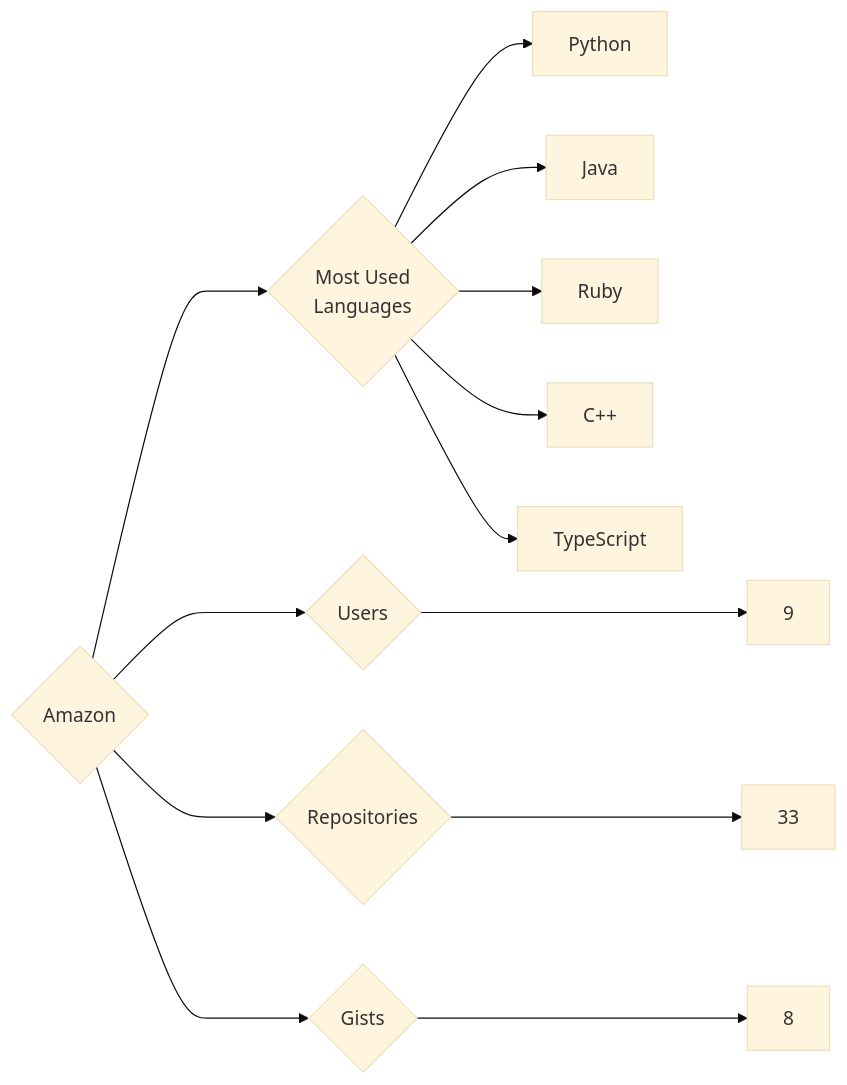
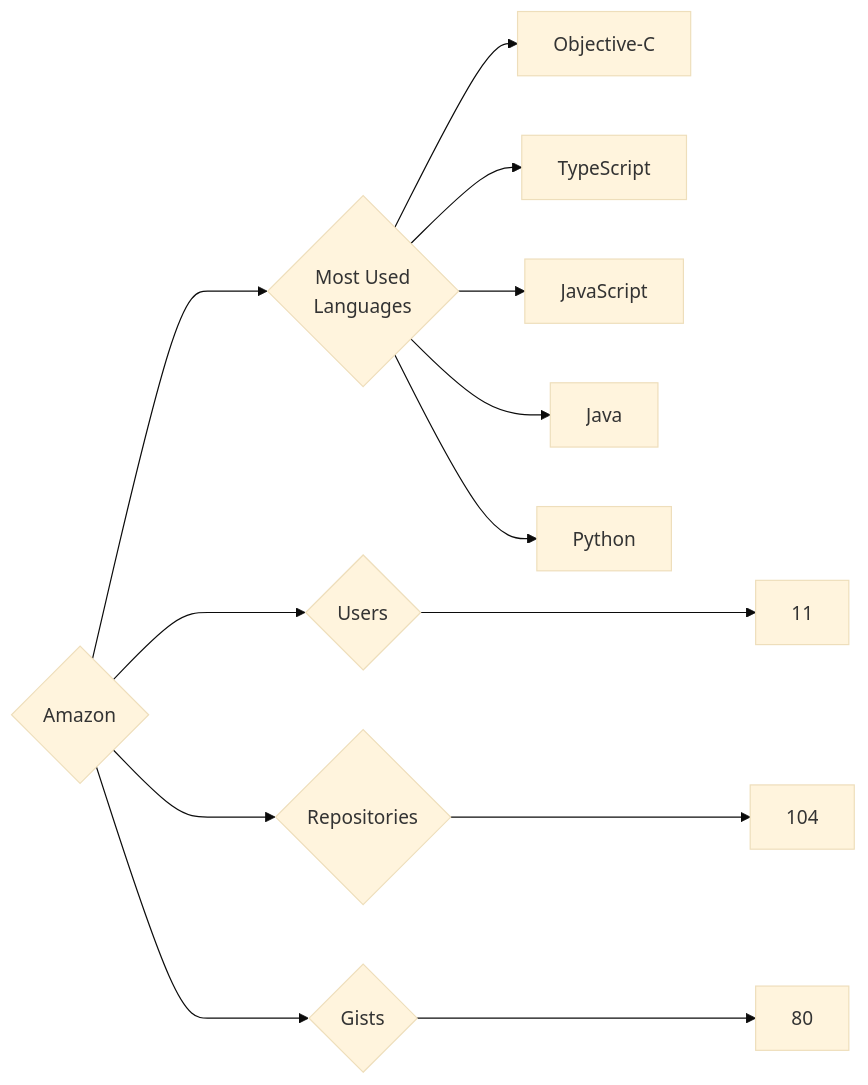
One commit to trickest/insiders changed the diagram in targets/Amazon/README.md. Above: the diagram before and after it, drawn with Mermaid (base theme). The commit also changed 933 other files, not shown here.

````diff
--- a/targets/Amazon/README.md
+++ b/targets/Amazon/README.md
@@ -3,13 +3,13 @@
 ```mermaid
 graph LR
 COMPANY_NAME{Amazon}
-COMPANY_NAME ---> U{Users} ---> UN[9]
-COMPANY_NAME ---> R{Repositories} ---> RN[33]
-COMPANY_NAME ---> G{Gists} ---> GN[8]
+COMPANY_NAME ---> U{Users} ---> UN[11]
+COMPANY_NAME ---> R{Repositories} ---> RN[104]
+COMPANY_NAME ---> G{Gists} ---> GN[80]
 COMPANY_NAME ---> ML{Most Used<br>Languages}
+ML --> Objective-C[Objective-C]
+ML --> TypeScript[TypeScript]
+ML --> JavaScript[JavaScript]
+ML --> Java[Java]
 ML --> Python[Python]
-ML --> Java[Java]
-ML --> Ruby[Ruby]
-ML --> C++[C++]
-ML --> TypeScript[TypeScript]
 ```
````
